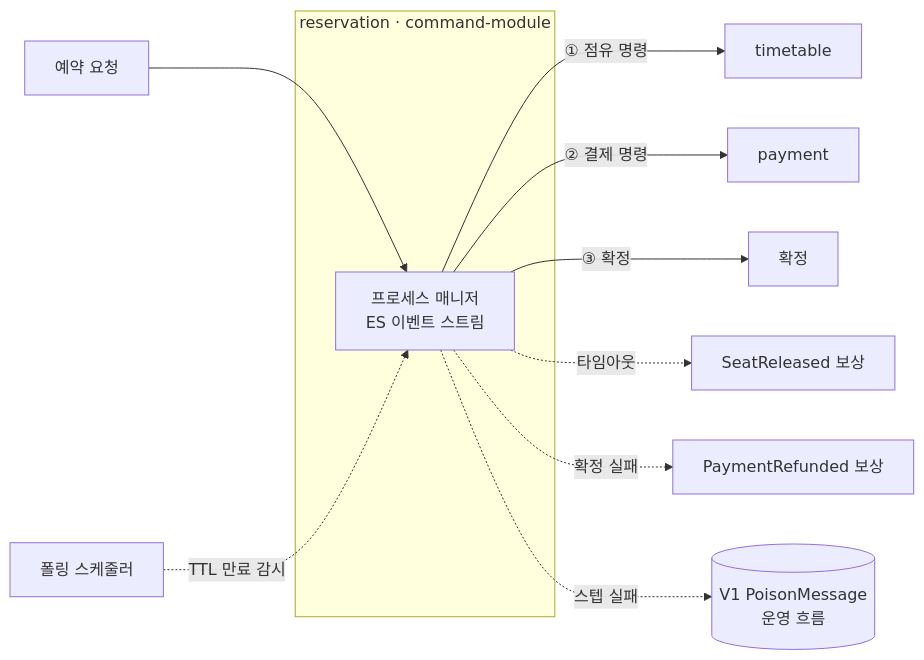
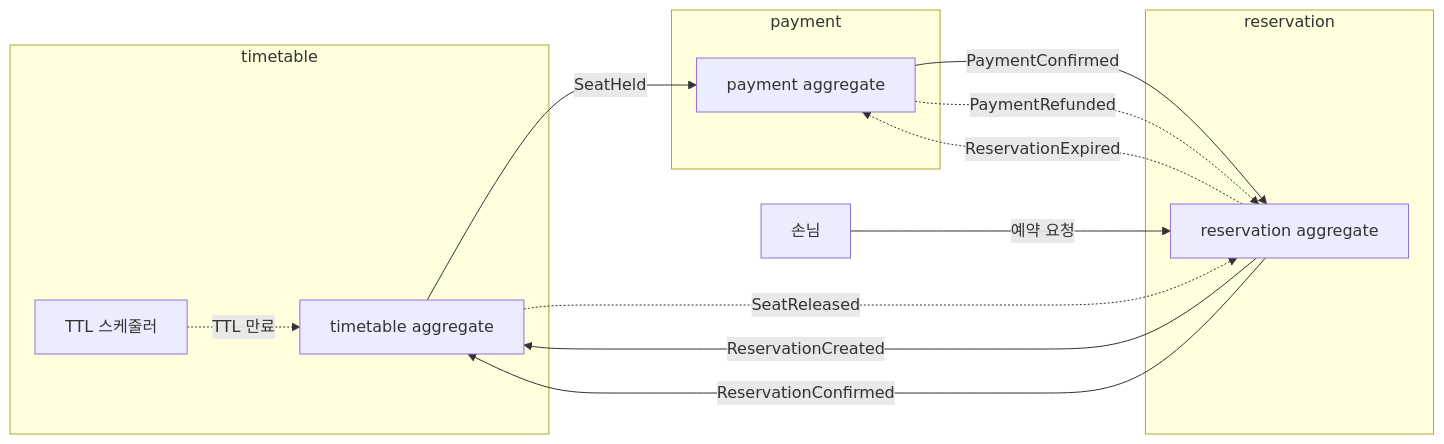
Before and after one commit to newkayak12/prototype-reservation-system: the second of 2 diagrams in docs/v2/rfc/RFC-006-saga-process-manager.md, drawn with Mermaid. The commit also changed other lines of this file and 12 other files, not shown here.

````diff
--- a/docs/v2/rfc/RFC-006-saga-process-manager.md
+++ b/docs/v2/rfc/RFC-006-saga-process-manager.md
@@ -171,14 +155,24 @@
 ```mermaid
 graph LR
-    subgraph reservation [reservation · command-module]
-        PM[프로세스 매니저<br/>ES 이벤트 스트림]
+    subgraph timetable
+        TT[timetable aggregate]
+        SCH[TTL 스케줄러]
     end
-    REQ[예약 요청] --> PM
-    PM -->|① 점유 명령| TT[timetable]
-    PM -->|② 결제 명령| PAY[payment]
-    PM -->|③ 확정| RES[확정]
-    SCH[폴링 스케줄러] -. TTL 만료 감시 .-> PM
-    PM -. 타임아웃 .-> REL[SeatReleased 보상]
-    PM -. 확정 실패 .-> RF[PaymentRefunded 보상]
-    PM -.->|스텝 실패| PMSG[(V1 PoisonMessage<br/>운영 흐름)]
+    subgraph payment
+        PAY[payment aggregate]
+    end
+    subgraph reservation
+        RES[reservation aggregate]
+    end
+
+    G[손님] -->|예약 요청| RES
+    RES -->|ReservationCreated| TT
+    TT -->|SeatHeld| PAY
+    PAY -->|PaymentConfirmed| RES
+    RES -->|ReservationConfirmed| TT
+
+    SCH -. TTL 만료 .-> TT
+    TT -. SeatReleased .-> RES
+    RES -. ReservationExpired .-> PAY
+    PAY -. PaymentRefunded .-> RES
 ```
````
